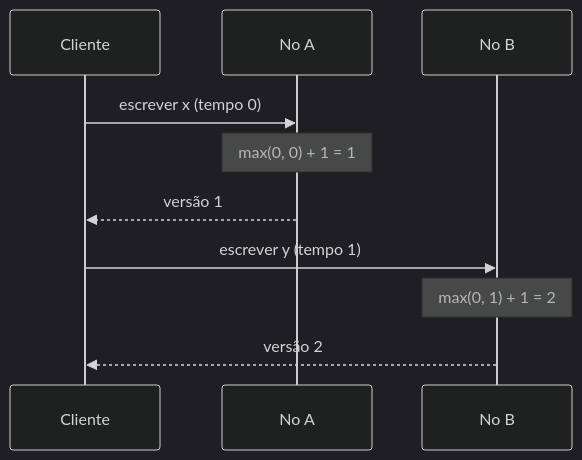
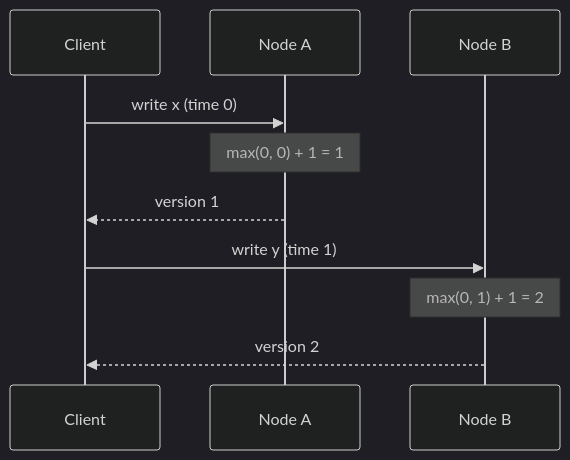
The diagram in docs/architecture/distributed-systems/distributed-time/lamport-clock.md (alancesar/design-patterns), drawn with Mermaid (dark theme) before and after one commit. The commit also changed 258 other files, not shown here.

First line of the commit message:
Translate Mermaid diagrams to English

````diff
--- a/docs/architecture/distributed-systems/distributed-time/lamport-clock.md
+++ b/docs/architecture/distributed-systems/distributed-time/lamport-clock.md
@@ -53,12 +53,12 @@
 ```mermaid
 sequenceDiagram
-    participant C as Cliente
-    participant A as No A
-    participant B as No B
-    C->>A: escrever x (tempo 0)
+    participant C as Client
+    participant A as Node A
+    participant B as Node B
+    C->>A: write x (time 0)
     Note over A: max(0, 0) + 1 = 1
-    A-->>C: versão 1
-    C->>B: escrever y (tempo 1)
+    A-->>C: version 1
+    C->>B: write y (time 1)
     Note over B: max(0, 1) + 1 = 2
-    B-->>C: versão 2
+    B-->>C: version 2
 ```
````
